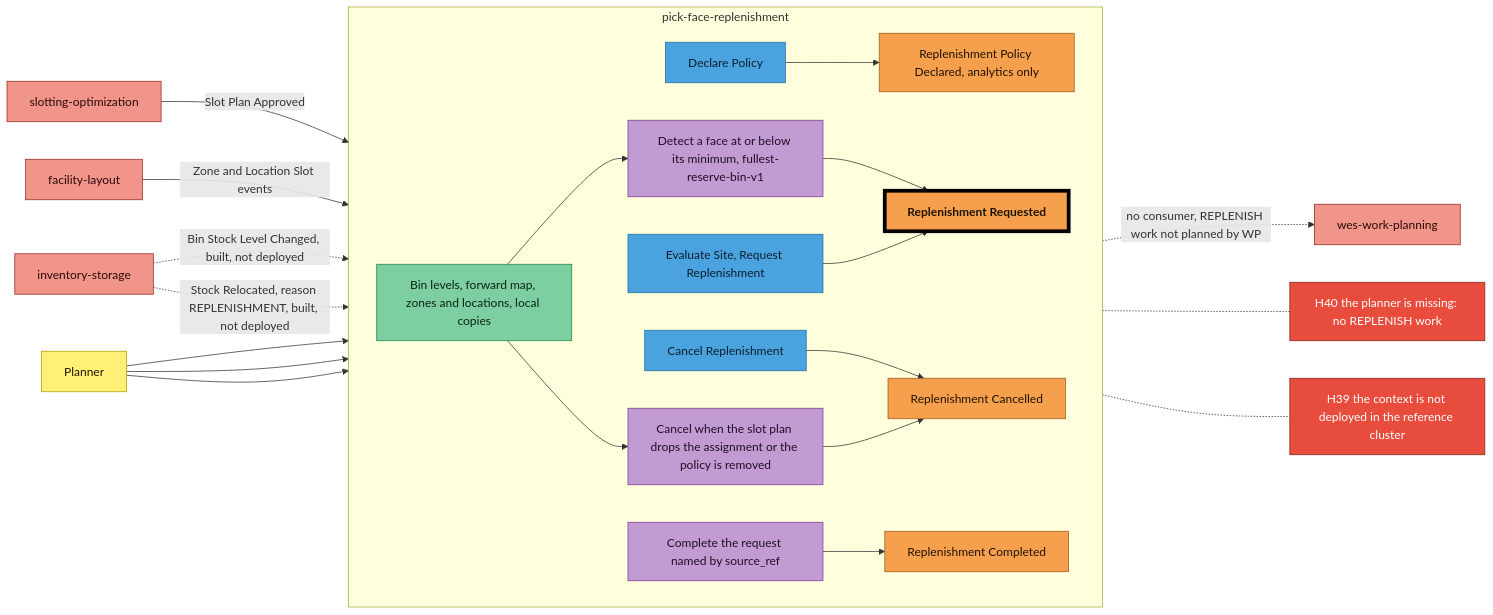
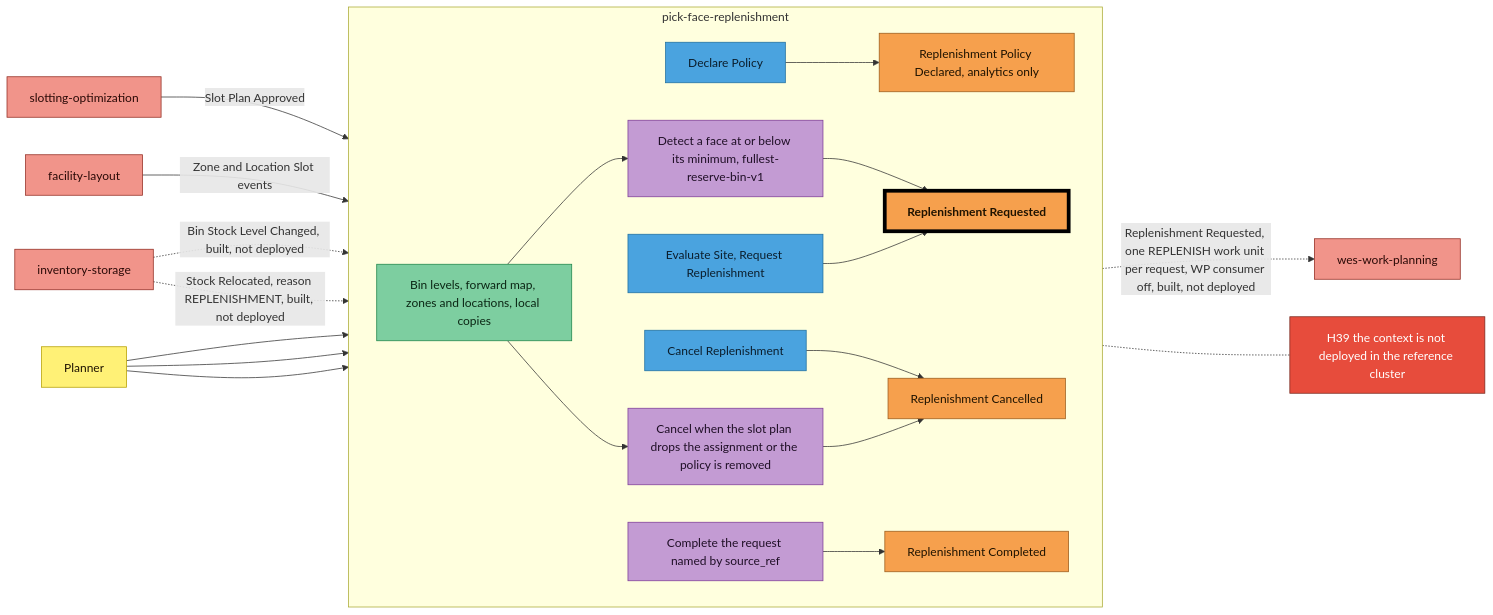
Before and after one commit to IQVO/warehouse-docs: the fifth of 10 diagrams in docs/strategic-design/eventstorming-big-picture.md, drawn with Mermaid. The commit also changed other lines of this file and 8 other files, not shown here.

Commit message:
docs(strategic): K44 replenishment chain is built end to end (wired-but-unused); H40 resolved

````diff
--- a/docs/strategic-design/eventstorming-big-picture.md
+++ b/docs/strategic-design/eventstorming-big-picture.md
@@ -433,48 +436,46 @@
 ```mermaid
 flowchart LR
     RPL["Planner"]:::actor
     INVX["inventory-storage"]:::external
     SLOX["slotting-optimization"]:::external
     LAYX["facility-layout"]:::external
     WPX["wes-work-planning"]:::external
     subgraph S_PFR["pick-face-replenishment"]
         direction LR
         R4["Bin levels, forward map, zones and locations, local copies"]:::readmodel
         C7["Declare Policy"]:::command
         E15["Replenishment Policy Declared, analytics only"]:::event
         P4["Detect a face at or below its minimum, fullest-reserve-bin-v1"]:::policy
         C8["Evaluate Site, Request Replenishment"]:::command
         E16["Replenishment Requested"]:::pivotal
         C9["Cancel Replenishment"]:::command
         P5["Cancel when the slot plan drops the assignment or the policy is removed"]:::policy
         E17["Replenishment Cancelled"]:::event
         P6["Complete the request named by source_ref"]:::policy
         E18["Replenishment Completed"]:::event
     end
 
     INVX -.->|"Bin Stock Level Changed, built, not deployed"| R4
     SLOX -->|"Slot Plan Approved"| R4
     LAYX -->|"Zone and Location Slot events"| R4
     RPL --> C7 --> E15
     R4 --> P4 --> E16
     RPL --> C8 --> E16
     RPL --> C9 --> E17
     R4 --> P5 --> E17
     INVX -.->|"Stock Relocated, reason REPLENISHMENT, built, not deployed"| P6
     P6 --> E18
-    E16 -.->|"no consumer, REPLENISH work not planned by WP"| WPX
+    E16 -.->|"Replenishment Requested, one REPLENISH work unit per request, WP consumer off, built, not deployed"| WPX
 
     H39["H39 the context is not deployed in the reference cluster"]:::hotspot
-    H40["H40 the planner is missing: no REPLENISH work"]:::hotspot
     S_PFR -.- H39
-    E16 -.- H40
 
     classDef actor fill:#fff176,stroke:#b59f00,color:#1f1300
     classDef command fill:#4aa3df,stroke:#1f6f9f,color:#0b1e2d
     classDef event fill:#f6a04d,stroke:#9a5b1c,color:#1f1300
     classDef pivotal fill:#f6a04d,stroke:#000000,stroke-width:5px,color:#1f1300,font-weight:bold
     classDef policy fill:#c39bd3,stroke:#7d3c98,color:#1f0f26
     classDef readmodel fill:#7dcea0,stroke:#1e8449,color:#0b2614
     classDef external fill:#f1948a,stroke:#922b21,color:#2b0a07
     classDef hotspot fill:#e74c3c,stroke:#78281f,color:#ffffff
 ```
````
